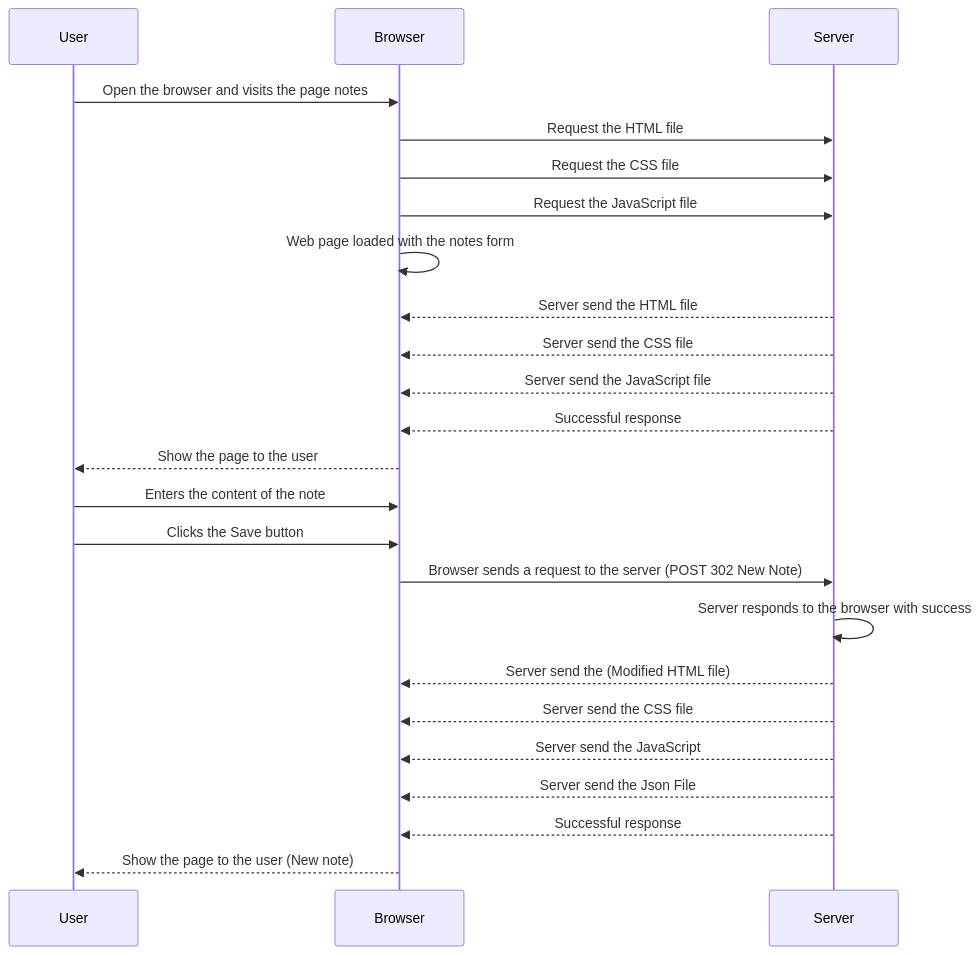
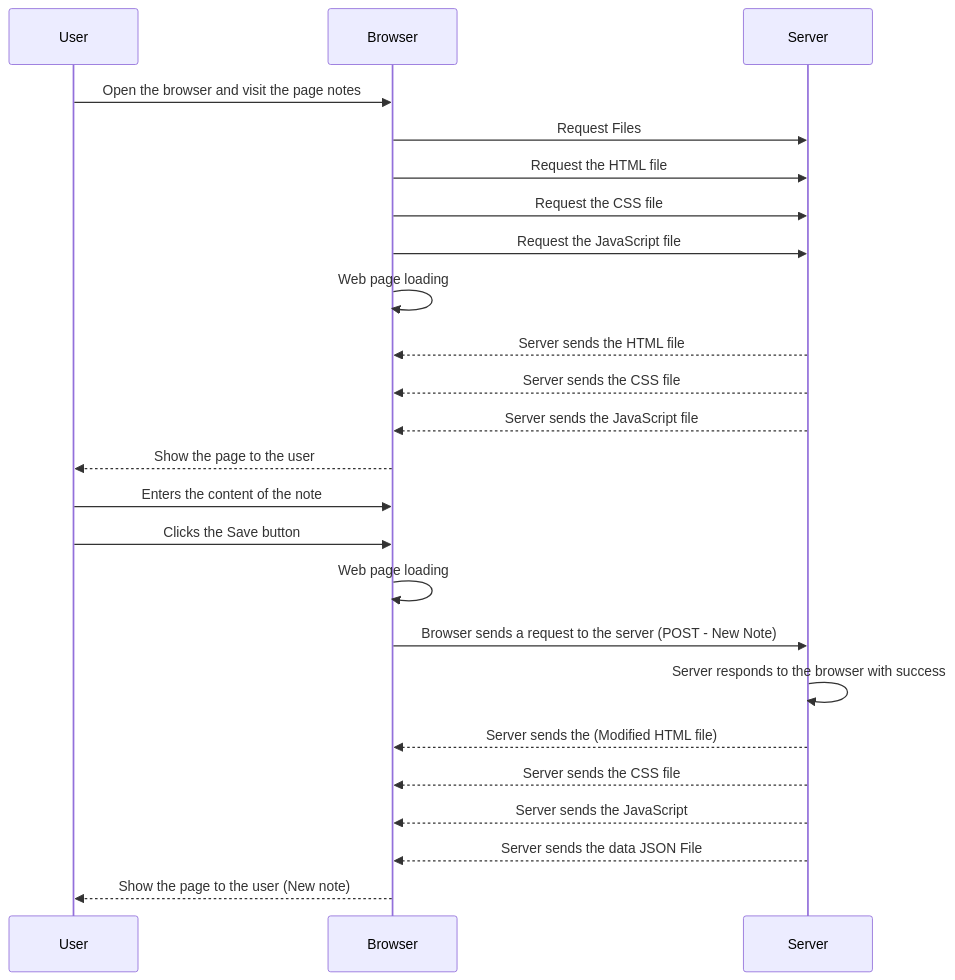
Before and after one commit to 0sc4rj/fullstack: the diagram in part0/exercise04.md, drawn with Mermaid.

Commit message:
Exercise

````diff
--- a/part0/exercise04.md
+++ b/part0/exercise04.md
@@ -3,27 +3,27 @@
 ```mermaid
 sequenceDiagram
     participant User
     participant Browser
     participant Server
 
-    User->>Browser: Open the browser and visits the page notes
+    User->>Browser: Open the browser and visit the page notes
+    Browser->>Server: Request Files
     Browser->>Server: Request the HTML file
     Browser->>Server: Request the CSS file
     Browser->>Server: Request the JavaScript file
-    Browser->>Browser: Web page loaded with the notes form
-    Server-->>Browser: Server send the HTML file
-    Server-->>Browser: Server send the CSS file
-    Server-->>Browser: Server send the JavaScript file
-    Server-->>Browser: Successful response
+    Browser->>Browser: Web page loading
+    Server-->>Browser: Server sends the HTML file
+    Server-->>Browser: Server sends the CSS file
+    Server-->>Browser: Server sends the JavaScript file
     Browser-->>User: Show the page to the user
     User->>Browser: Enters the content of the note
     User->>Browser: Clicks the Save button
-    Browser->>Server: Browser sends a request to the server (POST 302 New Note)
+    Browser->>Browser: Web page loading
+    Browser->>Server: Browser sends a request to the server (POST - New Note)
     Server->>Server: Server responds to the browser with success
-    Server-->>Browser: Server send the (Modified HTML file)
-    Server-->>Browser: Server send the CSS file
-    Server-->>Browser: Server send the JavaScript
-    Server-->>Browser: Server send the Json File
-    Server-->>Browser: Successful response
+    Server-->>Browser: Server sends the (Modified HTML file)
+    Server-->>Browser: Server sends the CSS file
+    Server-->>Browser: Server sends the JavaScript
+    Server-->>Browser: Server sends the data JSON File
     Browser-->>User: Show the page to the user (New note)
 ```
````
